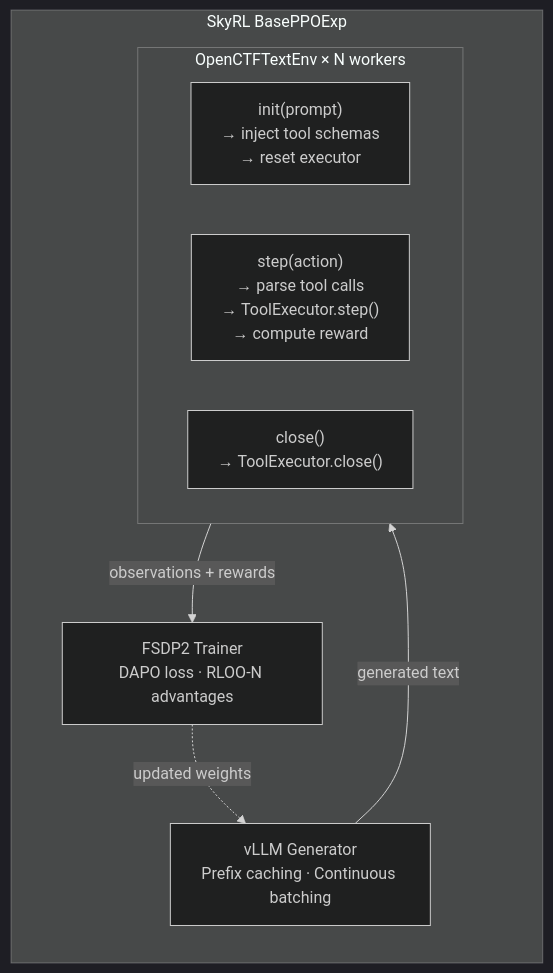
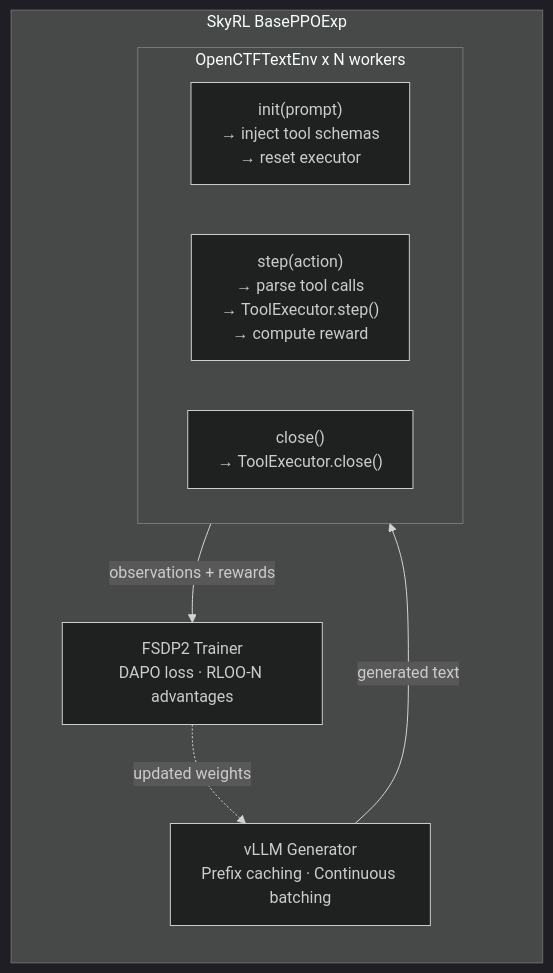
Before and after one commit to westonbrown/open-ctf-env: the third of 4 diagrams in docs/architecture.md, drawn with Mermaid (dark theme). The commit also changed other lines of this file and 69 other files, not shown here.

````diff
--- a/docs/architecture.md
+++ b/docs/architecture.md
@@ -139,16 +147,16 @@
 ```mermaid
 flowchart TB
     subgraph skyrl["SkyRL BasePPOExp"]
         direction TB
         vllm["vLLM Generator\nPrefix caching · Continuous batching"]
-        subgraph env["OpenCTFTextEnv × N workers"]
+        subgraph env["OpenCTFTextEnv x N workers"]
             init["init(prompt)\n→ inject tool schemas\n→ reset executor"]
             step["step(action)\n→ parse tool calls\n→ ToolExecutor.step()\n→ compute reward"]
             close["close()\n→ ToolExecutor.close()"]
         end
         trainer["FSDP2 Trainer\nDAPO loss · RLOO-N advantages"]
     end
     vllm -->|"generated text"| env
     env -->|"observations + rewards"| trainer
     trainer -.->|"updated weights"| vllm
 ```
````
